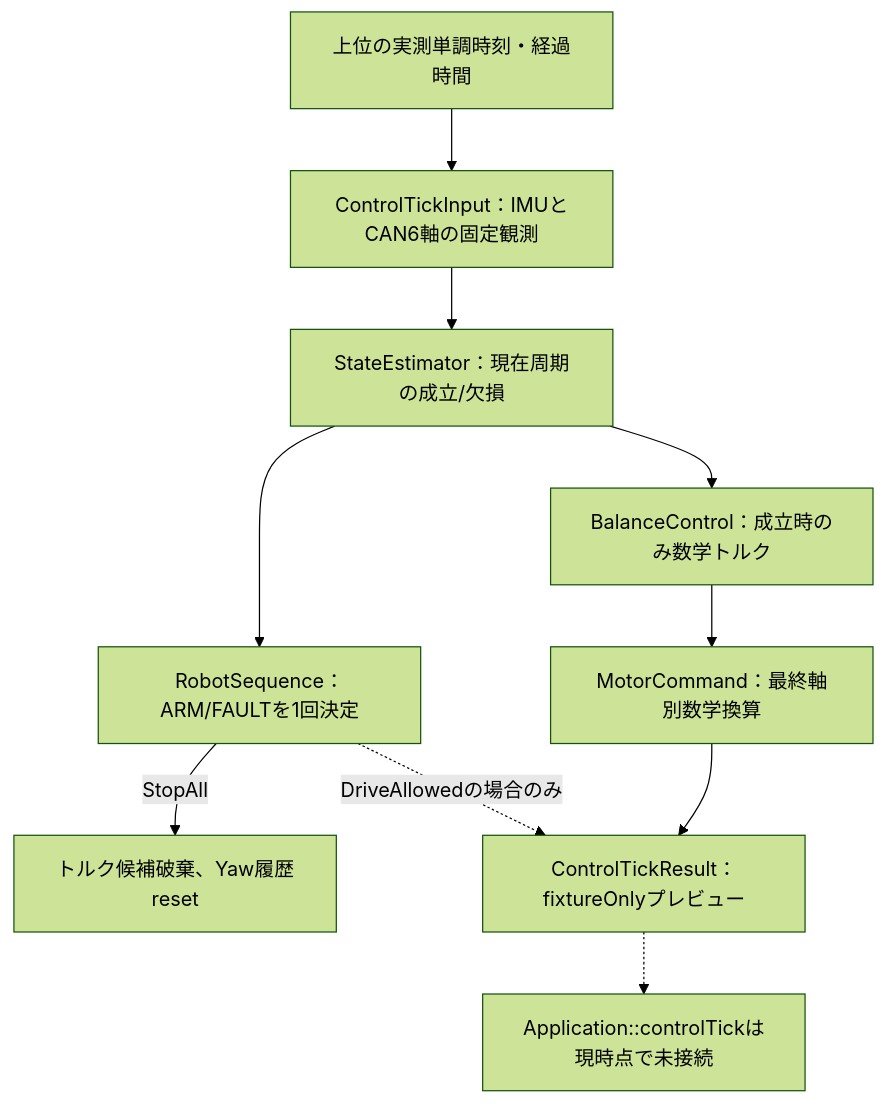
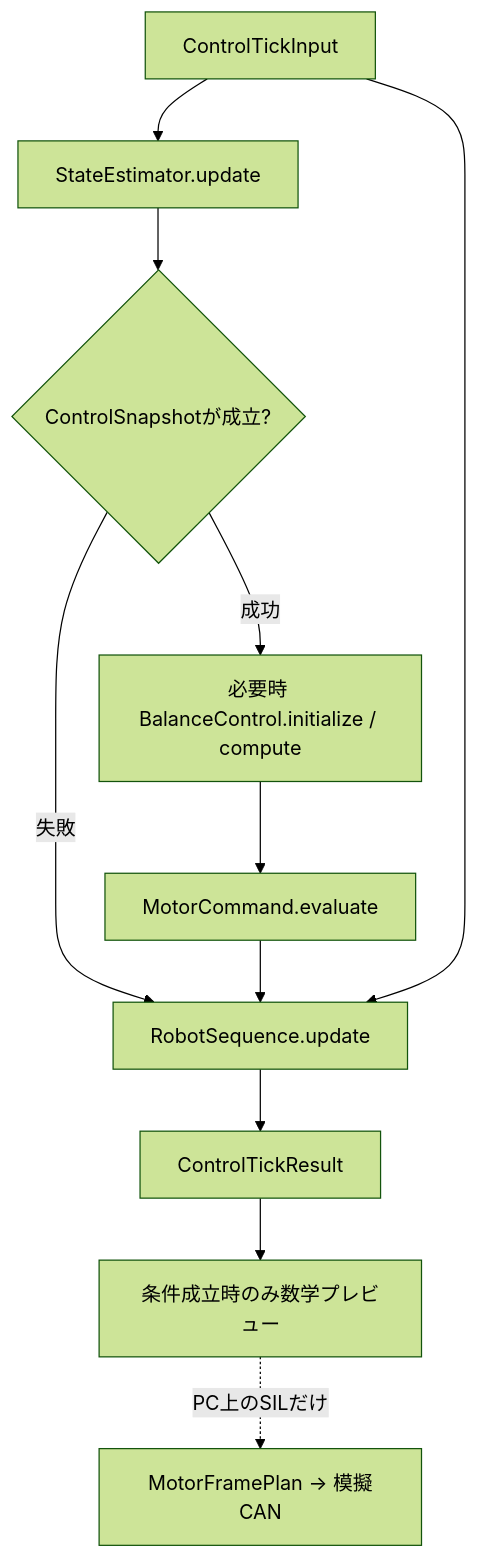
Before and after one commit to kou-pen/balancing: the fourth of 8 diagrams in docs/diagrams.md, drawn with Mermaid (forest theme). The commit also changed other lines of this file and 16 other files, not shown here.

```diff
--- a/docs/diagrams.md
+++ b/docs/diagrams.md
@@ -382,12 +73,13 @@
 <pre class="mermaid">
 flowchart TB
-    CLOCK["上位の実測単調時刻・経過時間"] --> INPUT["ControlTickInput：IMUとCAN6軸の固定観測"]
-    INPUT --> EST["StateEstimator：現在周期の成立/欠損"]
-    EST --> SEQ["RobotSequence：ARM/FAULTを1回決定"]
-    EST --> CTRL["BalanceControl：成立時のみ数学トルク"]
-    CTRL --> CMD["MotorCommand：最終軸別数学換算"]
-    SEQ -->|"StopAll"| STOP["トルク候補破棄、Yaw履歴reset"]
-    CMD --> PREVIEW["ControlTickResult：fixtureOnlyプレビュー"]
-    SEQ -.->|"DriveAllowedの場合のみ"| PREVIEW
-    PREVIEW -.-> LIMIT["Application::controlTickは現時点で未接続"]
+    IN["ControlTickInput"] --> EST["StateEstimator.update"]
+    EST --> SNAP{"ControlSnapshotが成立?"}
+    SNAP -->|成功| MATH["必要時 BalanceControl.initialize / compute"]
+    SNAP -->|失敗| SEQ["RobotSequence.update"]
+    MATH --> CMD["MotorCommand.evaluate"]
+    CMD --> SEQ
+    IN --> SEQ
+    SEQ --> RES["ControlTickResult"]
+    RES --> PREVIEW["条件成立時のみ数学プレビュー"]
+    PREVIEW -. PC上のSILだけ .-> FRAME["MotorFramePlan → 模擬CAN"]
 </pre>
```
